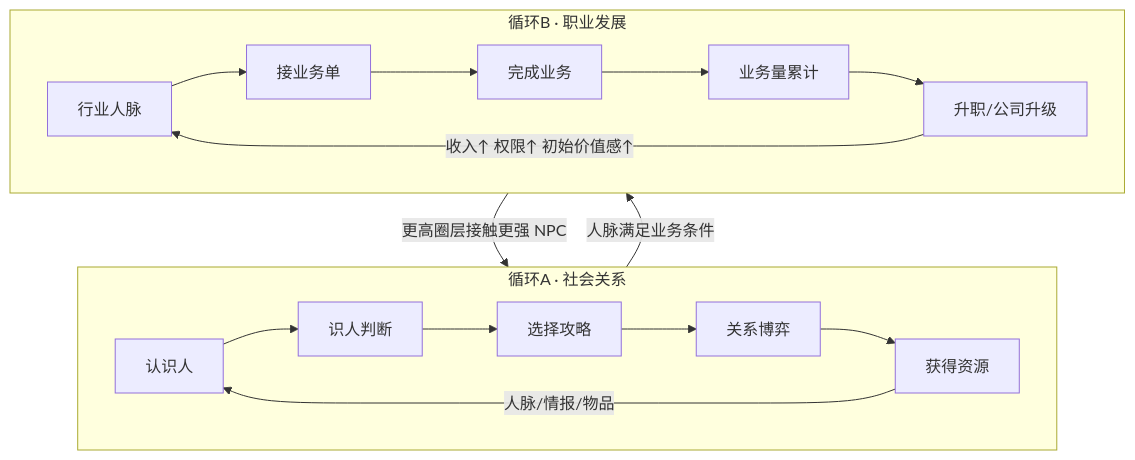
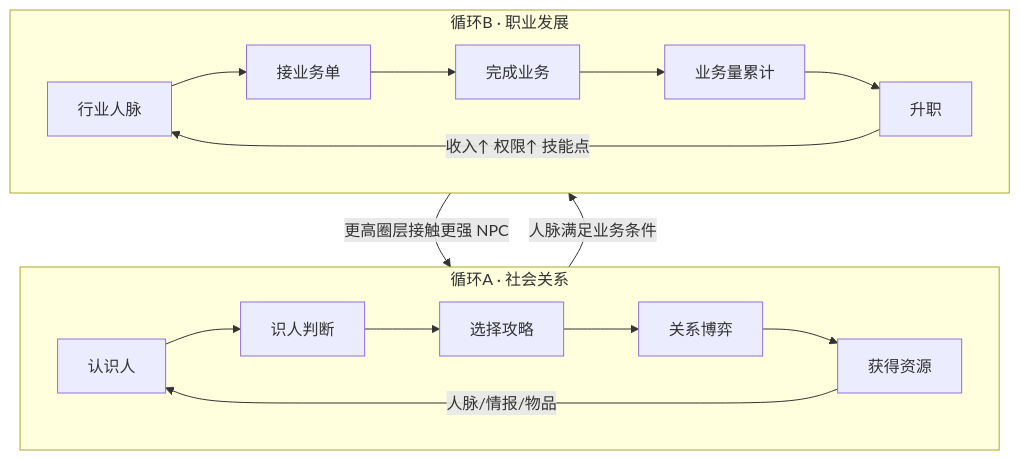
One commit to k2o333/beng changed the first of 2 diagrams in docs/drafts/alpha3/09-full-gdd.md. Above: the diagram before and after it, drawn with Mermaid. The commit also changed other lines of this file and 44 other files, not shown here.

````diff
--- a/docs/drafts/alpha3/09-full-gdd.md
+++ b/docs/drafts/alpha3/09-full-gdd.md
@@ -32,13 +33,13 @@
 ```mermaid
 flowchart TB
     subgraph A["循环A · 社会关系"]
         N1["认识人"] --> N2["识人判断"] --> N3["选择攻略"] --> N4["关系博弈"] --> N5["获得资源"]
         N5 -->|"人脉/情报/物品"| N1
     end
     subgraph B["循环B · 职业发展"]
-        M1["行业人脉"] --> M2["接业务单"] --> M3["完成业务"] --> M4["业务量累计"] --> M5["升职/公司升级"]
-        M5 -->|"收入↑ 权限↑ 初始价值感↑"| M1
+        M1["行业人脉"] --> M2["接业务单"] --> M3["完成业务"] --> M4["业务量累计"] --> M5["升职"]
+        M5 -->|"收入↑ 权限↑ 技能点"| M1
     end
     A -->|"人脉满足业务条件"| B
     B -->|"更高圈层接触更强 NPC"| A
 ```
````
